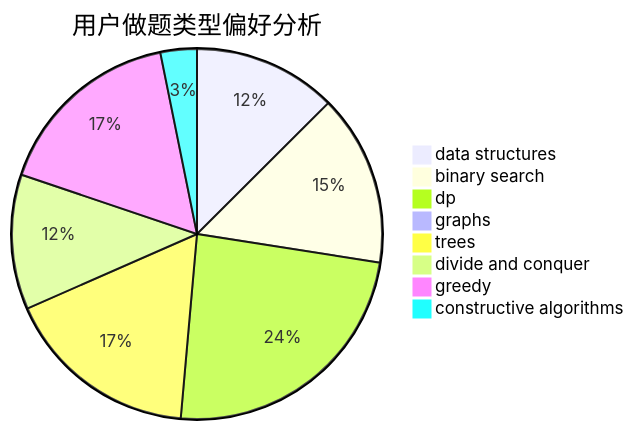
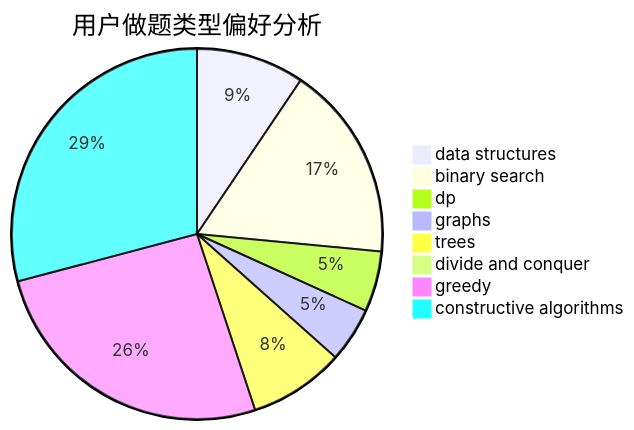
The second of 3 diagrams in docs/user/u15.md (sherpahu/cfrs.github.io), drawn with Mermaid before and after one commit. The commit also changed other lines of this file and 2770 other files, not shown here.

````diff
--- a/docs/user/u15.md
+++ b/docs/user/u15.md
@@ -23,11 +23,11 @@
 ```mermaid
 pie title 用户做题类型偏好分析
-    "data structures" :  67
-    "binary search" :  80
-    "dp" :  128
-    "graphs" :  3
-    "trees" :  91
-    "divide and conquer" :  63
-    "greedy" :  89
-    "constructive algorithms" :  17
+    "data structures" :  120
+    "binary search" :  217
+    "dp" :  67
+    "graphs" :  61
+    "trees" :  106
+    "divide and conquer" :  0
+    "greedy" :  330
+    "constructive algorithms" :  370
 ```
````
